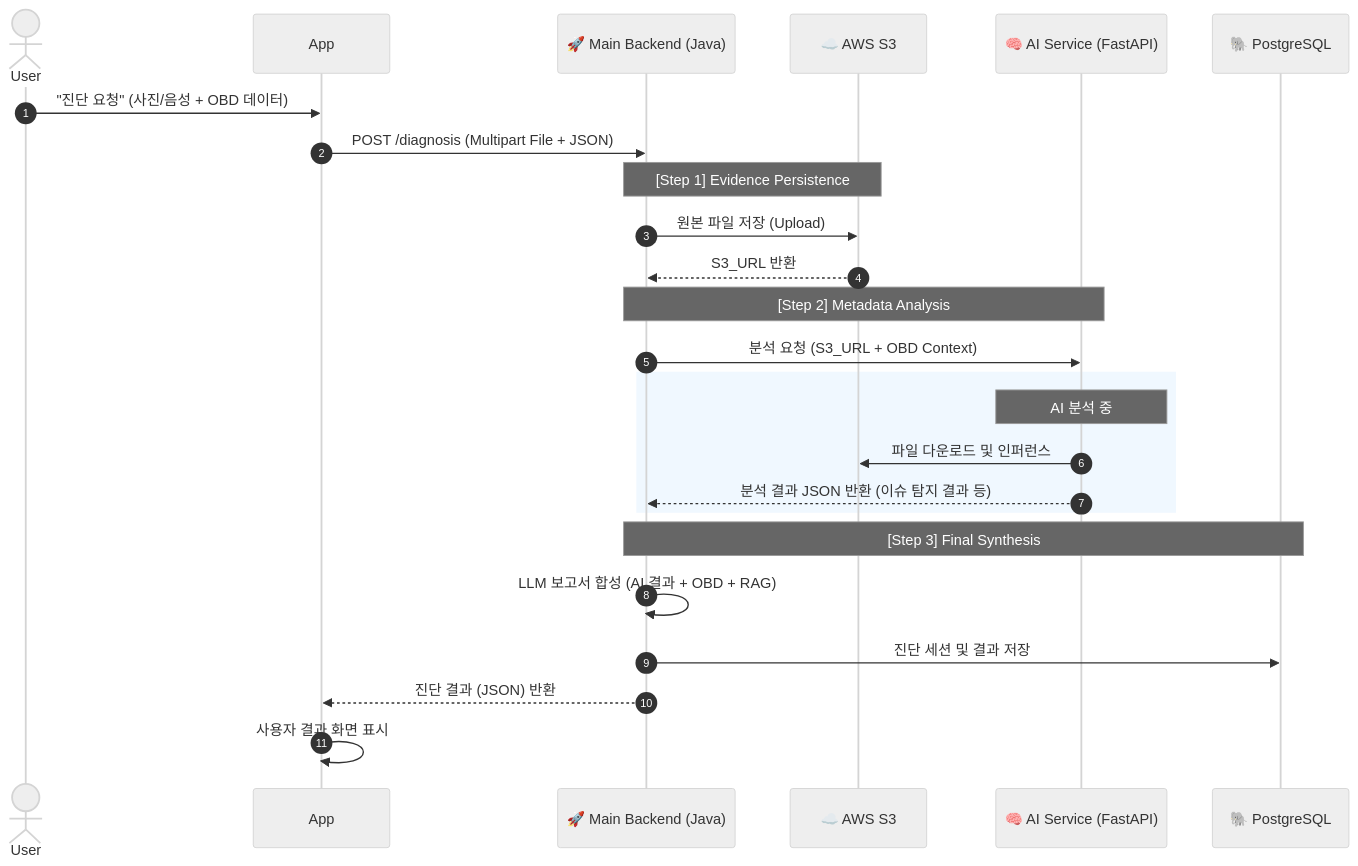
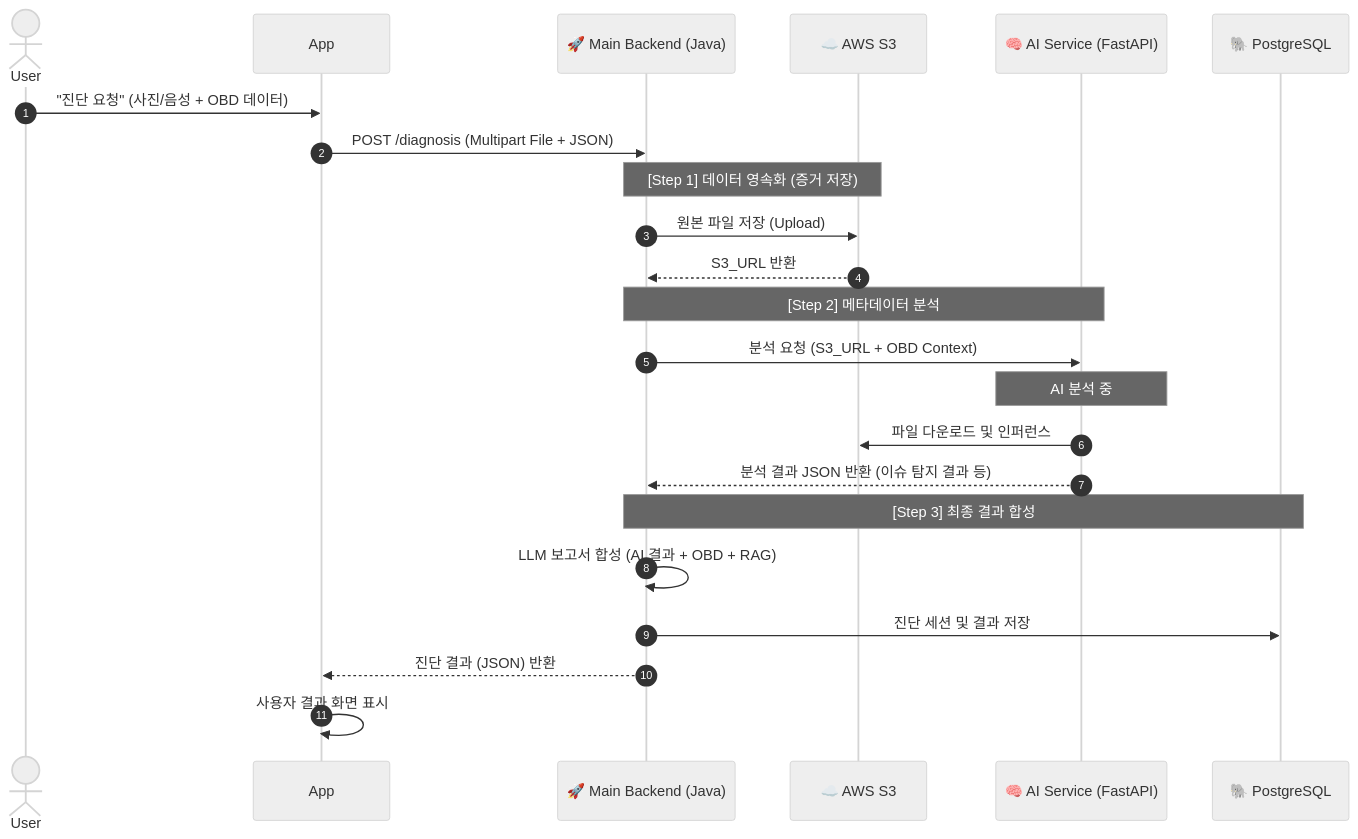
Before and after one commit to leejunhyuk1061204/AI-5-main-project: the third of 5 diagrams in Docs/시스템_아키텍처_및_데이터_흐름.md, drawn with Mermaid (neutral theme). The commit also changed other lines of this file and 3 other files, not shown here.

Commit message:
문서 수정(아키텍쳐 다이어그램 검토)

````diff
--- a/Docs/시스템_아키텍처_및_데이터_흐름.md
+++ b/Docs/시스템_아키텍처_및_데이터_흐름.md
@@ -179,33 +177,31 @@
 ```mermaid
 sequenceDiagram
     autonumber
     actor User
     participant App
     participant API as 🚀 Main Backend (Java)
     participant S3 as ☁️ AWS S3
     participant AI as 🧠 AI Service (FastAPI)
     participant DB as 🐘 PostgreSQL
 
     User->>App: "진단 요청" (사진/음성 + OBD 데이터)
     App->>API: POST /diagnosis (Multipart File + JSON)
     
-    Note over API, S3: [Step 1] Evidence Persistence
+    Note over API, S3: [Step 1] 데이터 영속화 (증거 저장)
     API->>S3: 원본 파일 저장 (Upload)
     S3-->>API: S3_URL 반환
     
-    Note over API, AI: [Step 2] Metadata Analysis
+    Note over API, AI: [Step 2] 메타데이터 분석
     API->>AI: 분석 요청 (S3_URL + OBD Context)
     
-    rect rgb(240, 248, 255)
-        Note over AI: AI 분석 중
-        AI->>S3: 파일 다운로드 및 인퍼런스
-        AI-->>API: 분석 결과 JSON 반환 (이슈 탐지 결과 등)
-    end
+    Note over AI: AI 분석 중
+    AI->>S3: 파일 다운로드 및 인퍼런스
+    AI-->>API: 분석 결과 JSON 반환 (이슈 탐지 결과 등)
     
-    Note over API, DB: [Step 3] Final Synthesis
+    Note over API, DB: [Step 3] 최종 결과 합성
     API->>API: LLM 보고서 합성 (AI 결과 + OBD + RAG)
     API->>DB: 진단 세션 및 결과 저장
     
     API-->>App: 진단 결과 (JSON) 반환
     App->>App: 사용자 결과 화면 표시
 ```
````
